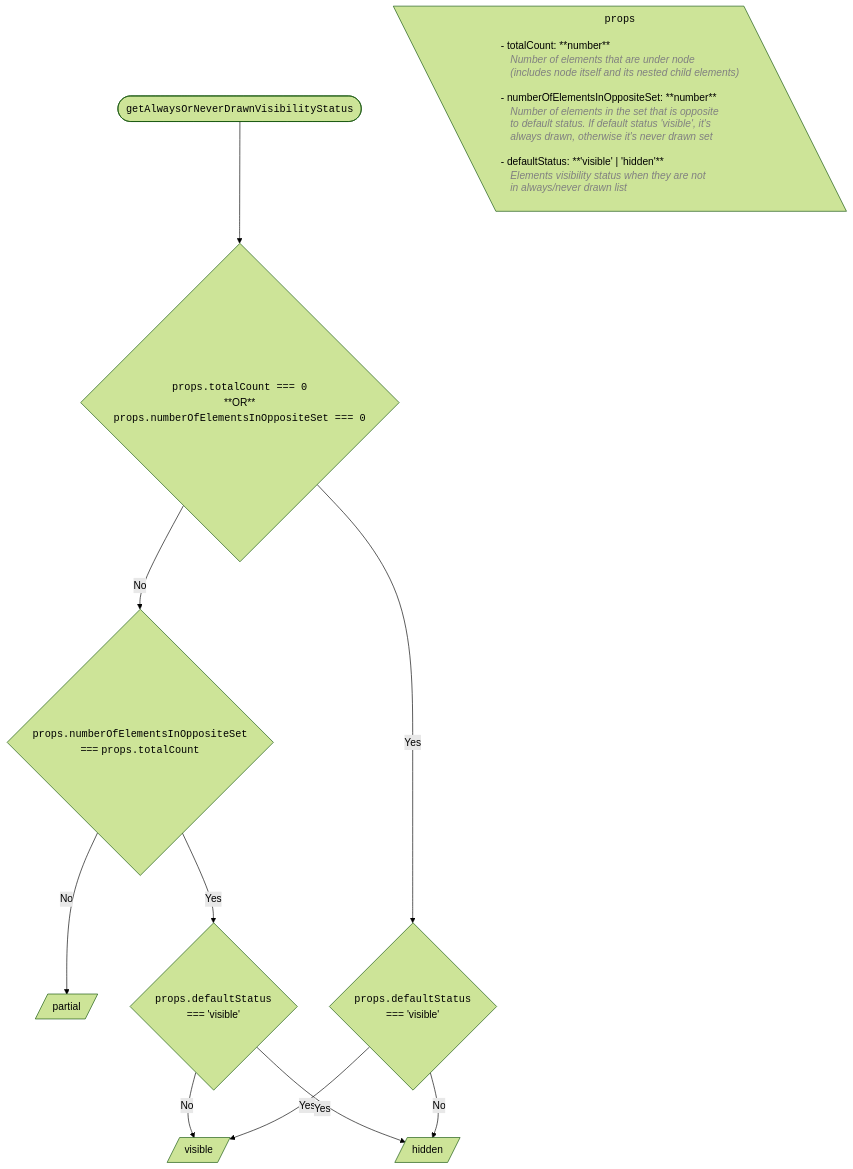
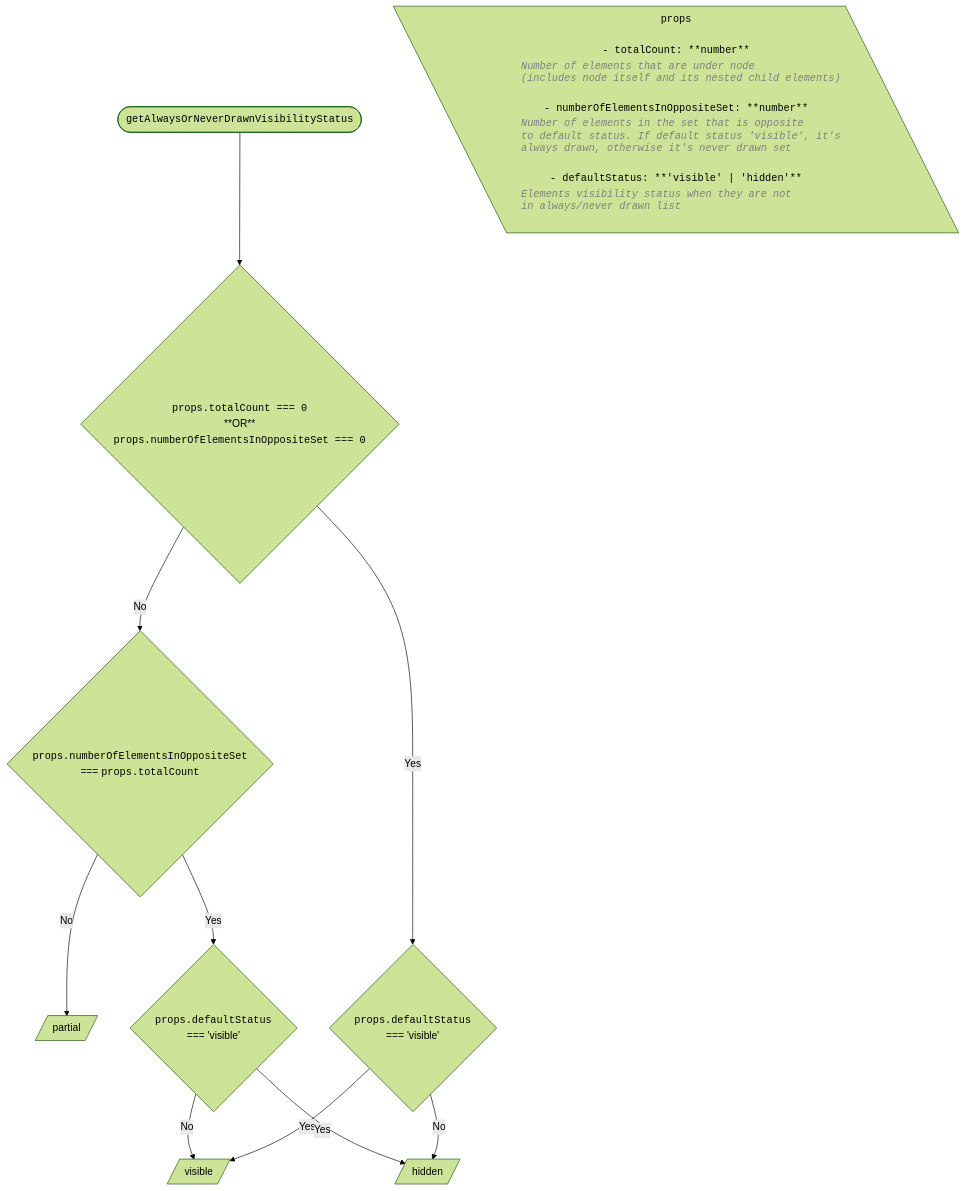
The sixth of 6 diagrams in packages/itwin/tree-widget/docs/SharedVisibilityHandling.md (iTwin/viewer-components-react), drawn with Mermaid (forest theme) before and after one commit.

````diff
--- a/packages/itwin/tree-widget/docs/SharedVisibilityHandling.md
+++ b/packages/itwin/tree-widget/docs/SharedVisibilityHandling.md
@@ -387,56 +387,56 @@
 ```mermaid
 ---
 config:
   flowchart:
     wrappingWidth: 750
     useMaxWidth: false
 ---
 
 flowchart TD
   RESULT_Partial[/partial/]
   RESULT_Visible[/visible/]
   RESULT_Hidden[/hidden/]
 
   %% Start
   TITLE(["<code>getAlwaysOrNeverDrawnVisibilityStatus</code>"]) --> A{"<code>props.totalCount === 0</code><br/>**OR**<br/><code>props.numberOfElementsInOppositeSet === 0</code>"}
 
   PROPS[\"
     <code>props</code>
-    <div style='text-align: left; line-height: 1.2'>
+    <code style='text-align: left; line-height: 1.2'>
       - totalCount: **number**
       %% need !important on color since to not take the config color
      <span style='color: #808080 !important; font-style: italic; margin-top: 4px; display: block; margin-left: 15px'>Number of elements that are under node <br/> (includes node itself and its nested child elements)
      </span>
       - numberOfElementsInOppositeSet: **number**
       <span style='color: #808080 !important; font-style: italic; margin-top: 4px; display: block; margin-left: 15px'>Number of elements in the set that is opposite  <br/> to default status. If default status 'visible', it's  <br/> always drawn, otherwise it's never drawn set
       </span>
       - defaultStatus: **'visible' | 'hidden'**
       <span style='color: #808080 !important; font-style: italic; margin-top: 4px; display: block; margin-left: 15px'>Elements visibility status when they are not <br/>in always/never drawn list
       </span>
     </div>
   "\]
 
   %% Branch Yes
   A -- Yes --> B1{"<code>props.defaultStatus</code> <br/> === 'visible'"}
 
     %% Branch Yes
     B1 -- Yes --> RESULT_Visible
 
     %% Branch No
     B1 -- No --> RESULT_Hidden
 
   %% Branch No
   A -- No --> B2{"<code>props.numberOfElementsInOppositeSet</code> <br/> === <code>props.totalCount</code>"}
 
     %% Branch No
     B2 -- No --> RESULT_Partial
 
     %% Branch Yes
     B2 -- Yes --> C{"<code>props.defaultStatus</code> <br/> === 'visible'"}
 
       %% Branch Yes
       C -- Yes --> RESULT_Hidden
 
       %% Branch No
       C -- No --> RESULT_Visible
 ```
````
